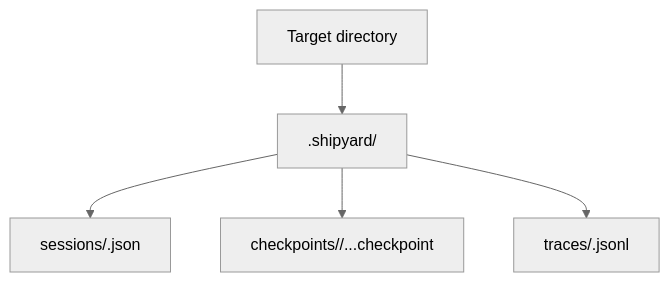
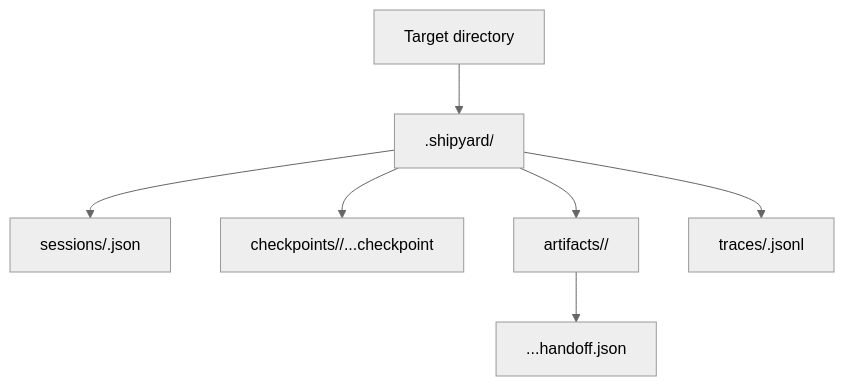
The third of 3 diagrams in shipyard/docs/architecture/README.md (thisisyoussef/shipyard), drawn with Mermaid (neutral theme) before and after one commit. The commit also changed other lines of this file and 24 other files, not shown here.

Commit message:
feat: add long-run handoff artifacts

````diff
--- a/shipyard/docs/architecture/README.md
+++ b/shipyard/docs/architecture/README.md
@@ -80,13 +82,17 @@
 ```mermaid
 flowchart TD
   Target["Target directory"]
   Shipyard[".shipyard/"]
   Sessions["sessions/<sessionId>.json"]
   Checkpoints["checkpoints/<sessionId>/...checkpoint"]
+  Artifacts["artifacts/<sessionId>/"]
+  Handoff["...handoff.json"]
   Traces["traces/<sessionId>.jsonl"]
 
   Target --> Shipyard
   Shipyard --> Sessions
   Shipyard --> Checkpoints
+  Shipyard --> Artifacts
+  Artifacts --> Handoff
   Shipyard --> Traces
 ```
````
